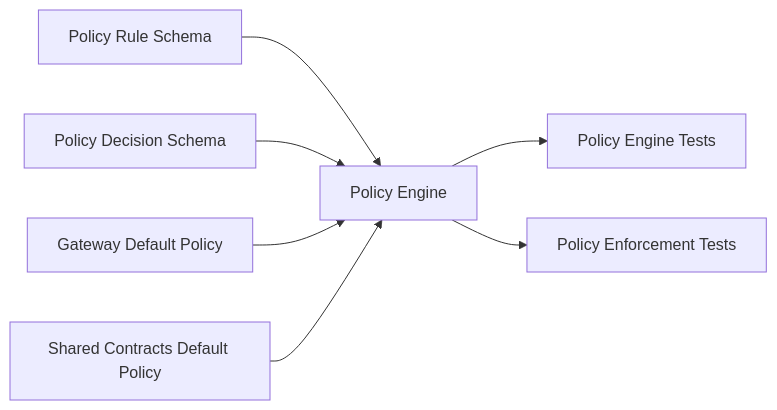
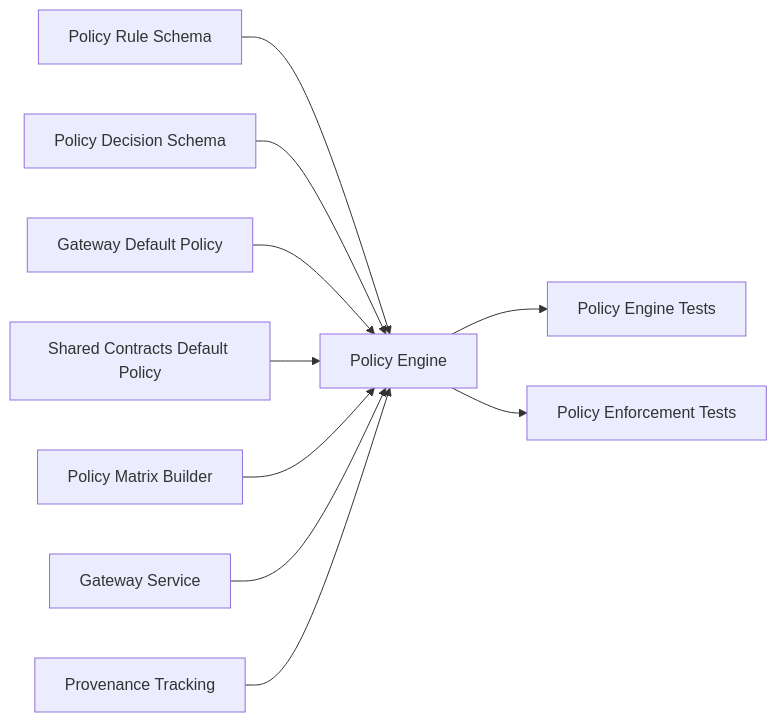
One commit to metasync/luban-aiops changed the fifth of 5 diagrams in .qoder/repowiki/en/content/Policy Management/Policy Definition Language.md. Above: the diagram before and after it, drawn with Mermaid. The commit also changed other lines of this file and 35 other files, not shown here.

````diff
--- a/.qoder/repowiki/en/content/Policy Management/Policy Definition Language.md
+++ b/.qoder/repowiki/en/content/Policy Management/Policy Definition Language.md
@@ -255,9 +362,12 @@
 ```mermaid
 graph LR
 PRS["Policy Rule Schema"] --> PE["Policy Engine"]
 PDS["Policy Decision Schema"] --> PE
 PDG["Gateway Default Policy"] --> PE
 PSC["Shared Contracts Default Policy"] --> PE
 PE --> TPE["Policy Engine Tests"]
 PE --> TPF["Policy Enforcement Tests"]
+PM["Policy Matrix Builder"] --> PE
+GS["Gateway Service"] --> PE
+PROVENANCE["Provenance Tracking"] --> PE
 ```
````
